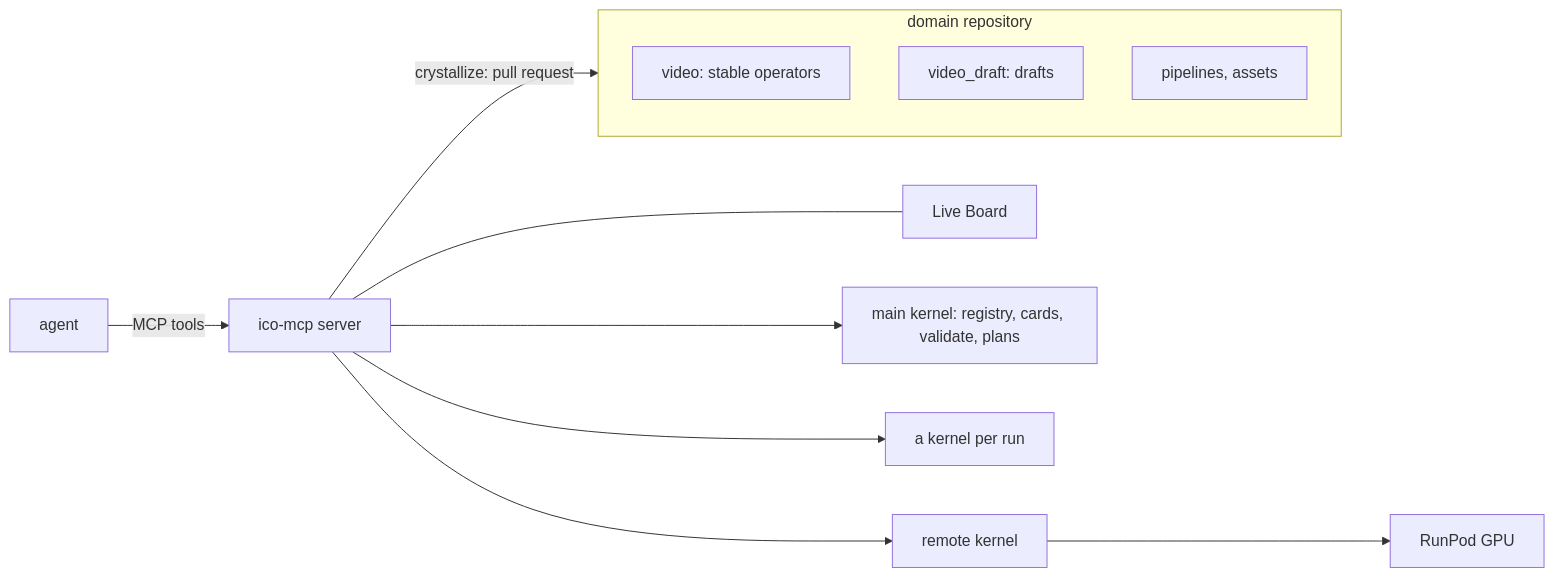
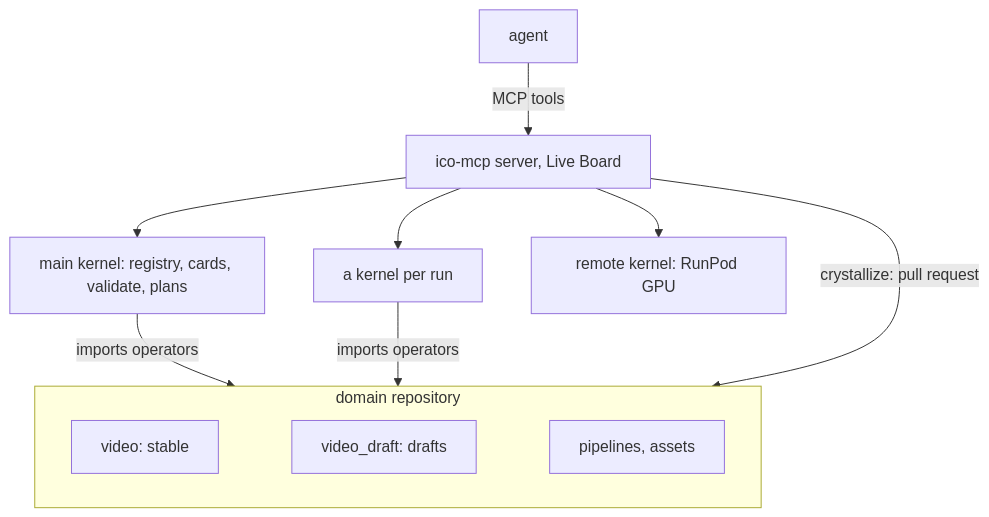
Before and after one commit to apriori3d/ico-mcp: the diagram in README.md, drawn with Mermaid. The commit also changed 2 other files, not shown here.

Commit message:
README: the diagram top-down

````diff
--- a/README.md
+++ b/README.md
@@ -24,14 +24,14 @@
 ```mermaid
-flowchart LR
-  A["agent"] -- "MCP tools" --> S["ico-mcp server"]
-  S --- B["Live Board"]
+flowchart TB
+  A["agent"] -- "MCP tools" --> S["ico-mcp server, Live Board"]
   S --> K["main kernel: registry, cards, validate, plans"]
   S --> J["a kernel per run"]
-  S --> X["remote kernel"] --> G["RunPod GPU"]
+  S --> X["remote kernel: RunPod GPU"]
+  K -- "imports operators" --> D
+  J -- "imports operators" --> D
   S -- "crystallize: pull request" --> D
   subgraph D["domain repository"]
-    P["video: stable operators"]
-    Q["video_draft: drafts"]
-    L["pipelines, assets"]
+    direction LR
+    P["video: stable"] ~~~ Q["video_draft: drafts"] ~~~ L["pipelines, assets"]
   end
 ```
````
